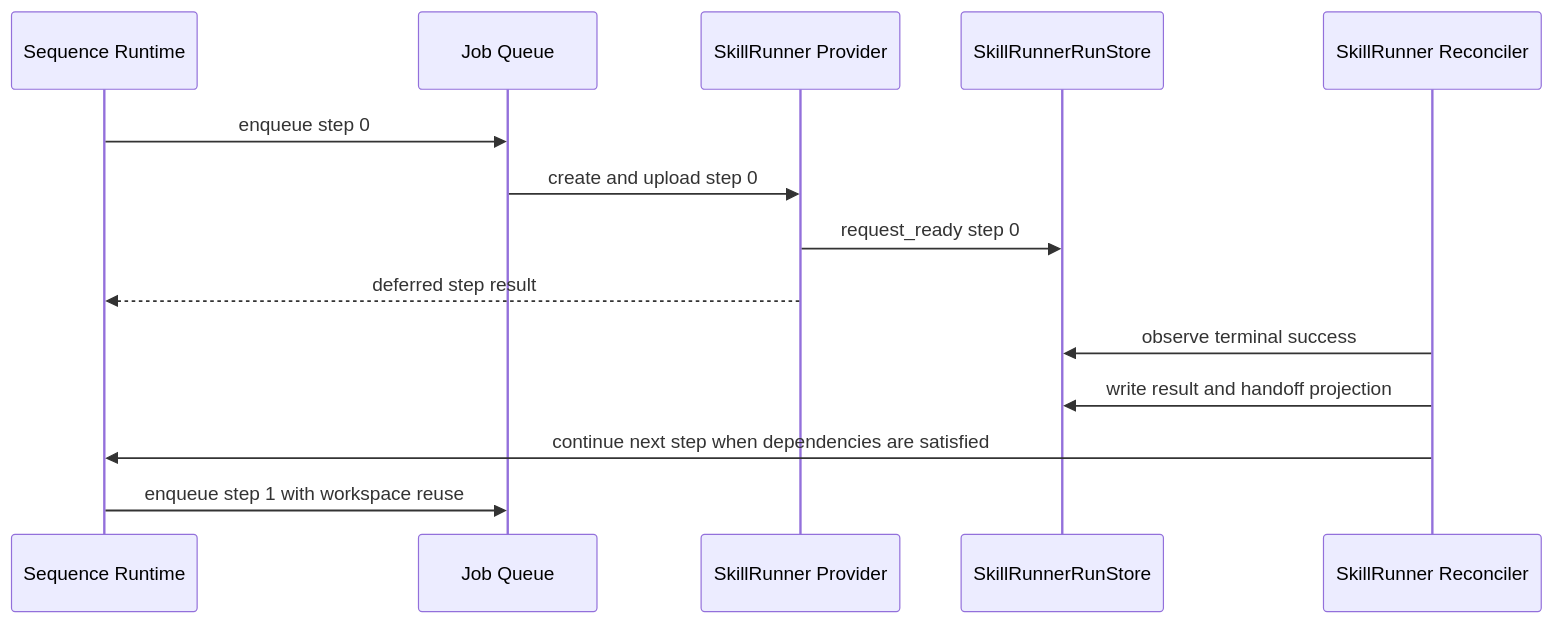
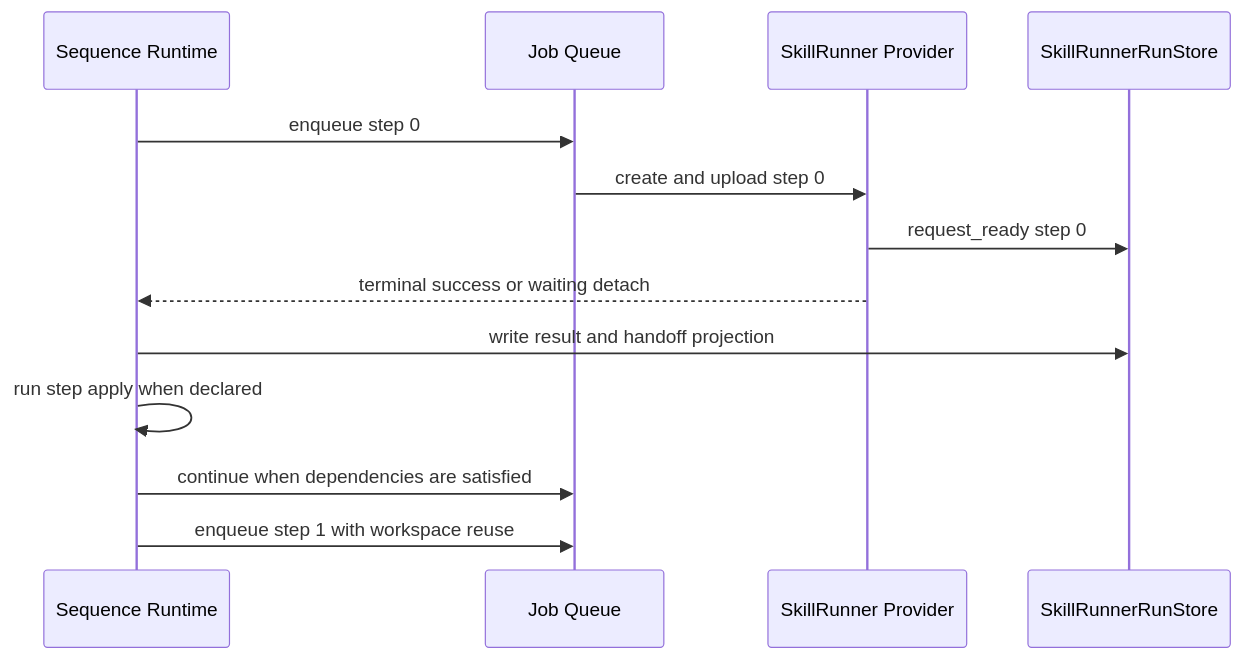
One commit to leike0813/zotero-agents changed the diagram in doc/components/workflow-execution-seams.md. Above: the diagram before and after it, drawn with Mermaid. The commit also changed other lines of this file and 192 other files, not shown here.

````diff
--- a/doc/components/workflow-execution-seams.md
+++ b/doc/components/workflow-execution-seams.md
@@ -73,17 +79,16 @@
 ```mermaid
 sequenceDiagram
   participant Seq as Sequence Runtime
   participant Queue as Job Queue
   participant Provider as SkillRunner Provider
   participant Store as SkillRunnerRunStore
-  participant R as SkillRunner Reconciler
 
   Seq->>Queue: enqueue step 0
   Queue->>Provider: create and upload step 0
   Provider->>Store: request_ready step 0
-  Provider-->>Seq: deferred step result
-  R->>Store: observe terminal success
-  R->>Store: write result and handoff projection
-  R->>Seq: continue next step when dependencies are satisfied
+  Provider-->>Seq: terminal success or waiting detach
+  Seq->>Store: write result and handoff projection
+  Seq->>Seq: run step apply when declared
+  Seq->>Queue: continue when dependencies are satisfied
   Seq->>Queue: enqueue step 1 with workspace reuse
 ```
````
